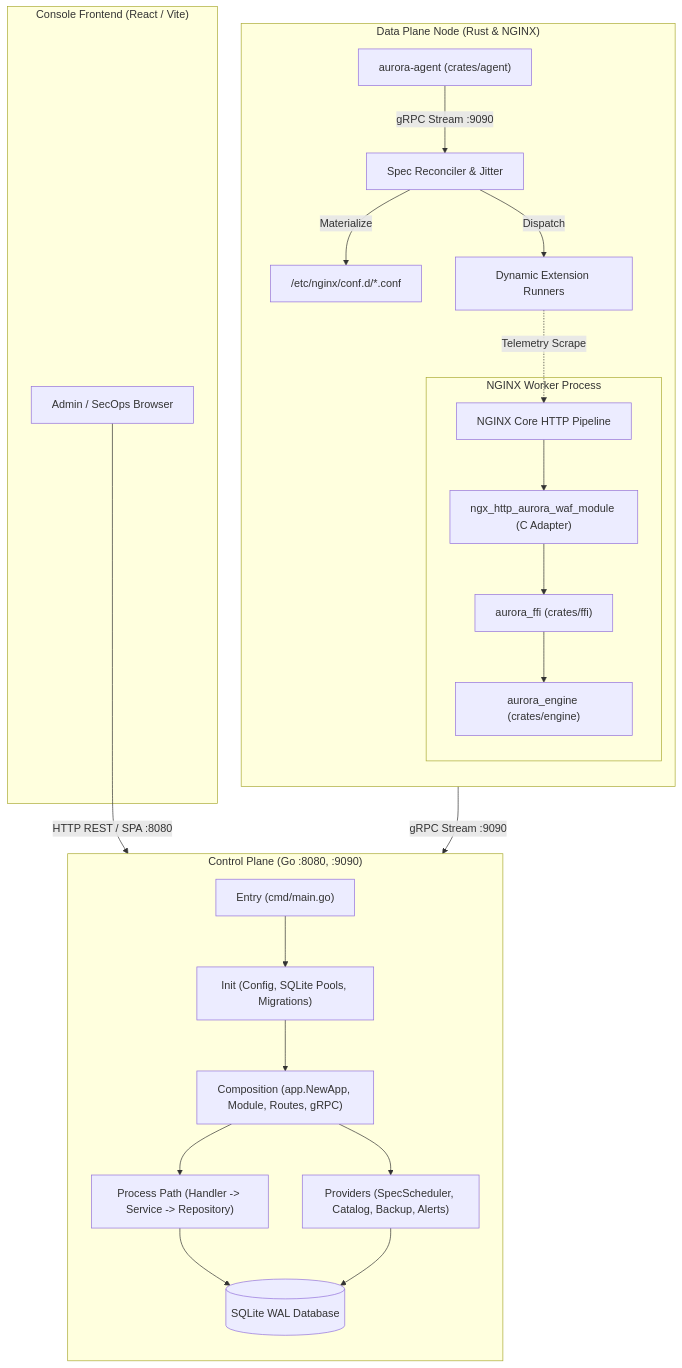
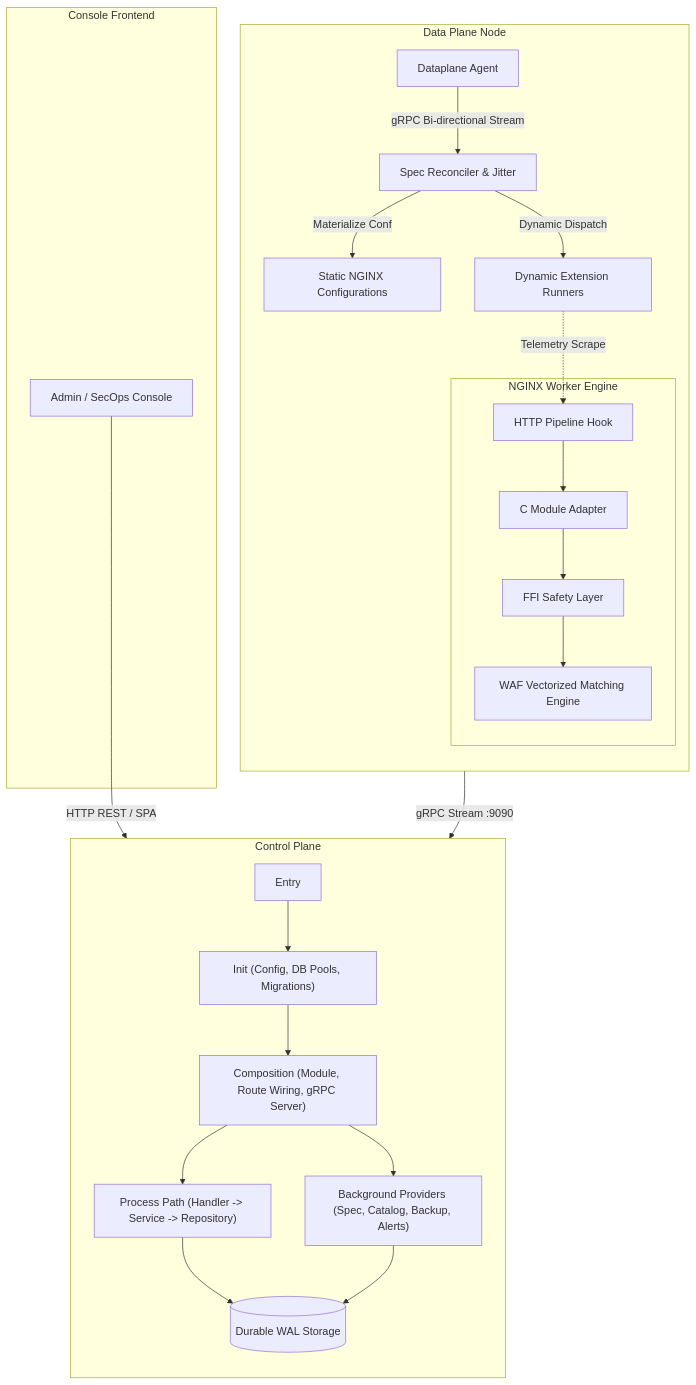
One commit to phucle996/aurora-api-gateway changed the diagram in CODEBASE.md. Above: the diagram before and after it, drawn with Mermaid. The commit also changed other lines of this file, not shown here.

````diff
--- a/CODEBASE.md
+++ b/CODEBASE.md
@@ -11,40 +9,40 @@
 ```mermaid
 flowchart TD
-    subgraph UI ["Console Frontend (React / Vite)"]
-        Browser["Admin / SecOps Browser"]
+    subgraph UI ["Console Frontend"]
+        Browser["Admin / SecOps Console"]
     end
 
-    subgraph ControlPlane ["Control Plane (Go :8080, :9090)"]
+    subgraph ControlPlane ["Control Plane"]
         direction TB
-        Entry["Entry (cmd/main.go)"] --> Init["Init (Config, SQLite Pools, Migrations)"]
-        Init --> Composition["Composition (app.NewApp, Module, Routes, gRPC)"]
-        Composition --> ProcessPath["Process Path (Handler -> Service -> Repository)"]
-        Composition --> Providers["Providers (SpecScheduler, Catalog, Backup, Alerts)"]
-        ProcessPath --> SQLite[("SQLite WAL Database")]
-        Providers --> SQLite
+        EntryStep["Entry"] --> InitStep["Init (Config, DB Pools, Migrations)"]
+        InitStep --> CompStep["Composition (Module, Route Wiring, gRPC Server)"]
+        CompStep --> ExecStep["Process Path (Handler -> Service -> Repository)"]
+        CompStep --> WorkerStep["Background Providers (Spec, Catalog, Backup, Alerts)"]
+        ExecStep --> Storage[("Durable WAL Storage")]
+        WorkerStep --> Storage
     end
 
-    subgraph DataplaneNode ["Data Plane Node (Rust & NGINX)"]
+    subgraph DataplaneNode ["Data Plane Node"]
         direction TB
-        Agent["aurora-agent (crates/agent)"]
-        Agent -->|gRPC Stream :9090| SpecReconcile["Spec Reconciler & Jitter"]
-        SpecReconcile -->|Materialize| NginxConf["/etc/nginx/conf.d/*.conf"]
-        SpecReconcile -->|Dispatch| ExtensionRunners["Dynamic Extension Runners"]
+        AgentDaemon["Dataplane Agent"]
+        AgentDaemon -->|gRPC Bi-directional Stream| ReconcileLoop["Spec Reconciler & Jitter"]
+        ReconcileLoop -->|Materialize Conf| StaticConf["Static NGINX Configurations"]
+        ReconcileLoop -->|Dynamic Dispatch| Runners["Dynamic Extension Runners"]
         
-        subgraph NginxEngine ["NGINX Worker Process"]
-            NginxCore["NGINX Core HTTP Pipeline"]
-            CModule["ngx_http_aurora_waf_module (C Adapter)"]
-            RustFFI["aurora_ffi (crates/ffi)"]
-            RustEngine["aurora_engine (crates/engine)"]
+        subgraph WorkerEngine ["NGINX Worker Engine"]
+            HttpPipeline["HTTP Pipeline Hook"]
+            CModule["C Module Adapter"]
+            RustFFI["FFI Safety Layer"]
+            CoreEngine["WAF Vectorized Matching Engine"]
             
-            NginxCore --> CModule
+            HttpPipeline --> CModule
             CModule --> RustFFI
-            RustFFI --> RustEngine
+            RustFFI --> CoreEngine
         end
         
-        ExtensionRunners -.->|Telemetry Scrape| NginxCore
+        Runners -.->|Telemetry Scrape| HttpPipeline
     end
 
-    Browser -->|HTTP REST / SPA :8080| Composition
-    Agent -->|gRPC Stream :9090| Composition
+    Browser -->|HTTP REST / SPA| CompStep
+    AgentDaemon -->|gRPC Stream :9090| CompStep
 ```
````
